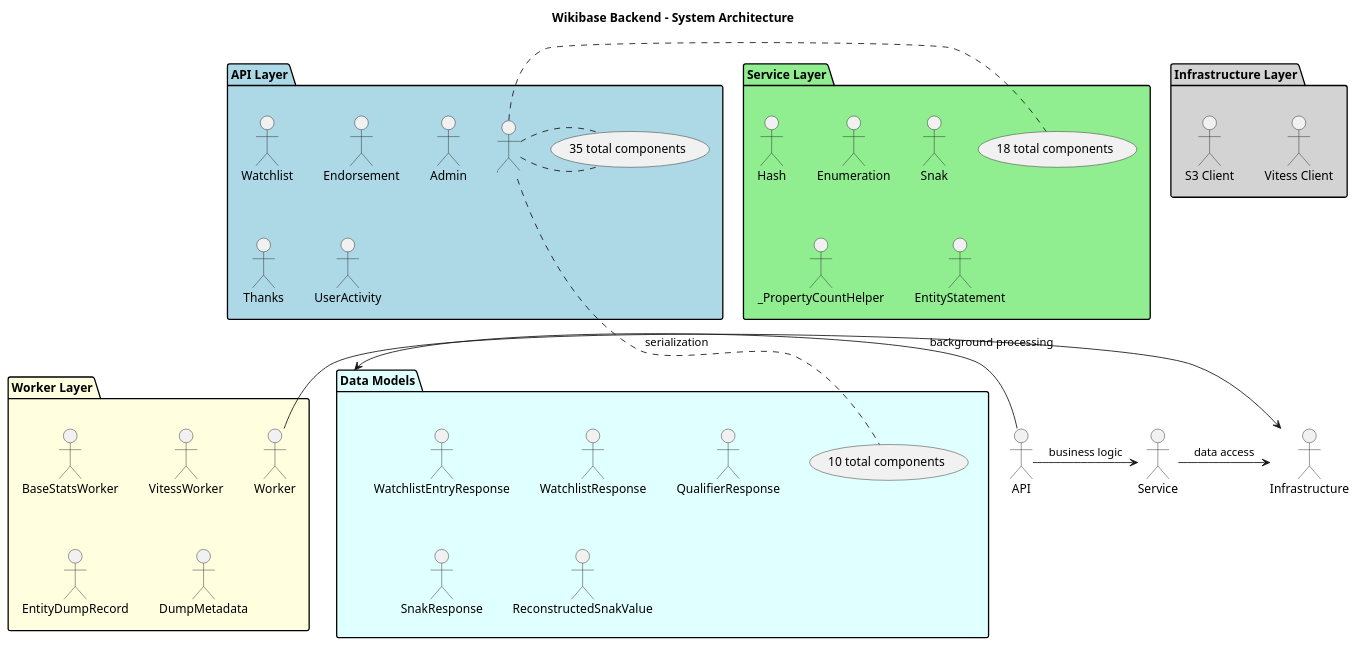
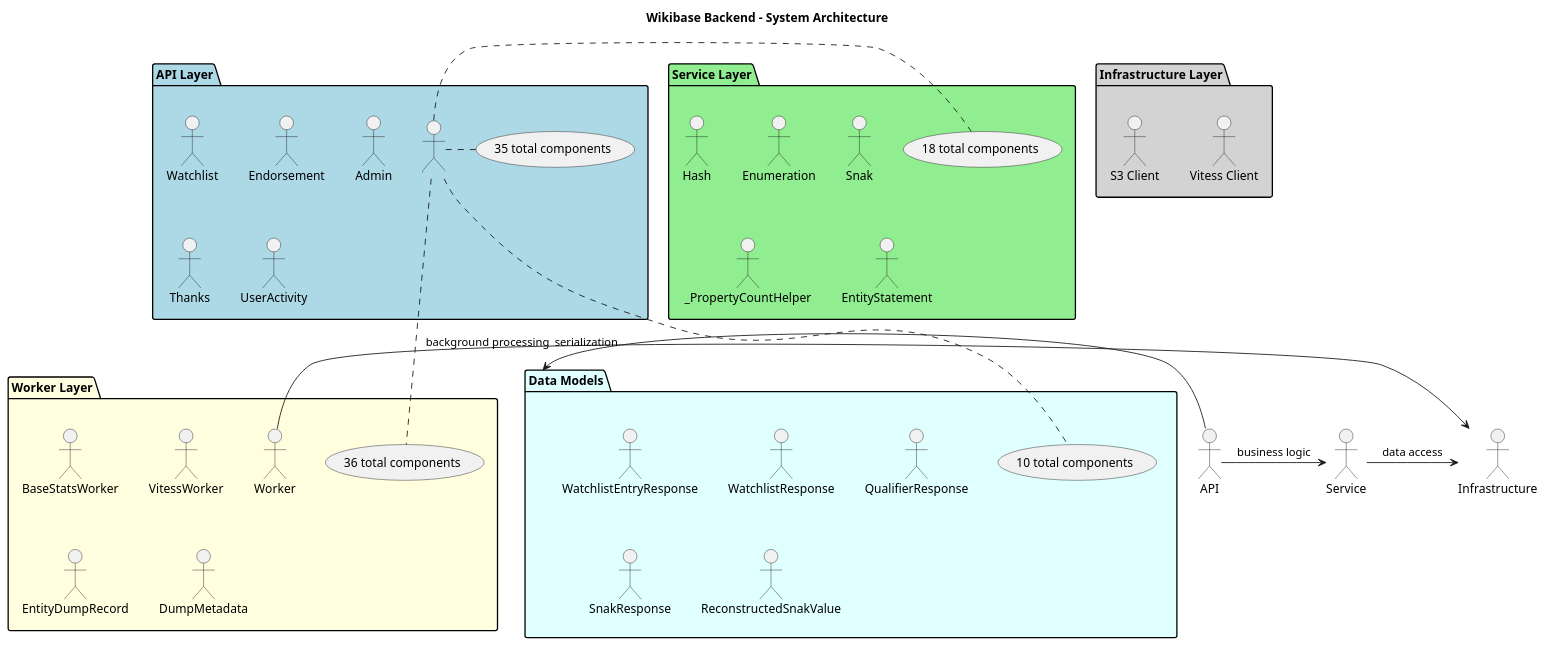
One commit to dpriskorn/entitybase-backend changed the diagram in docs/DIAGRAMS/system_architecture.puml. Above: the diagram before and after it, drawn with PlantUML. The commit also changed 23 other files, not shown here.

```diff
--- a/docs/DIAGRAMS/system_architecture.puml
+++ b/docs/DIAGRAMS/system_architecture.puml
@@ -1,53 +1,53 @@
 @startuml System Architecture
 
 title Wikibase Backend - System Architecture
 
 package "API Layer" as APILayer #LightBlue {
     "Watchlist" as WatchlistHandler
     "Endorsement" as EndorsementHandler
     "Admin" as AdminHandler
     "Thanks" as ThanksHandler
     "UserActivity" as UserActivityHandler
     ... (35 total components)
 }
 
 package "Service Layer" as ServiceLayer #LightGreen {
     "Hash" as HashService
     "Enumeration" as EnumerationService
     "Snak" as SnakHandler
     "_PropertyCountHelper" as _PropertyCountHelper
     "EntityStatement" as EntityStatementService
     ... (18 total components)
 }
 
 package "Worker Layer" as WorkerLayer #LightYellow {
     "BaseStatsWorker" as BaseStatsWorker
     "VitessWorker" as VitessWorker
     "Worker" as Worker
     "EntityDumpRecord" as EntityDumpRecord
     "DumpMetadata" as DumpMetadata
-    ... (35 total components)
+    ... (36 total components)
 }
 
 package "Infrastructure Layer" as InfrastructureLayer #LightGray {
     "Vitess Client" as Vitess_Client
     "S3 Client" as S3_Client
 }
 
 package "Data Models" as DataModels #LightCyan {
     "WatchlistEntryResponse" as WatchlistEntryResponse
     "WatchlistResponse" as WatchlistResponse
     "QualifierResponse" as QualifierResponse
     "SnakResponse" as SnakResponse
     "ReconstructedSnakValue" as ReconstructedSnakValue
     ... (10 total components)
 }
 
 
 ' Relationships
 API -> Service : business logic
 Service -> Infrastructure : data access
 Worker -> Infrastructure : background processing
 API -> DataModels : serialization
 
 @enduml
```
